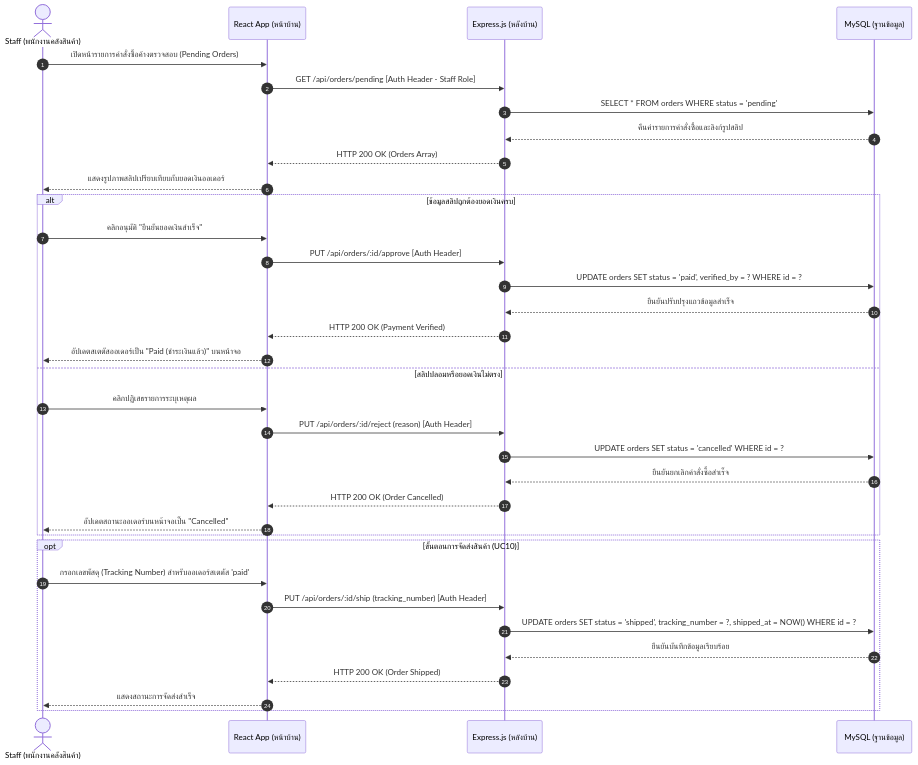
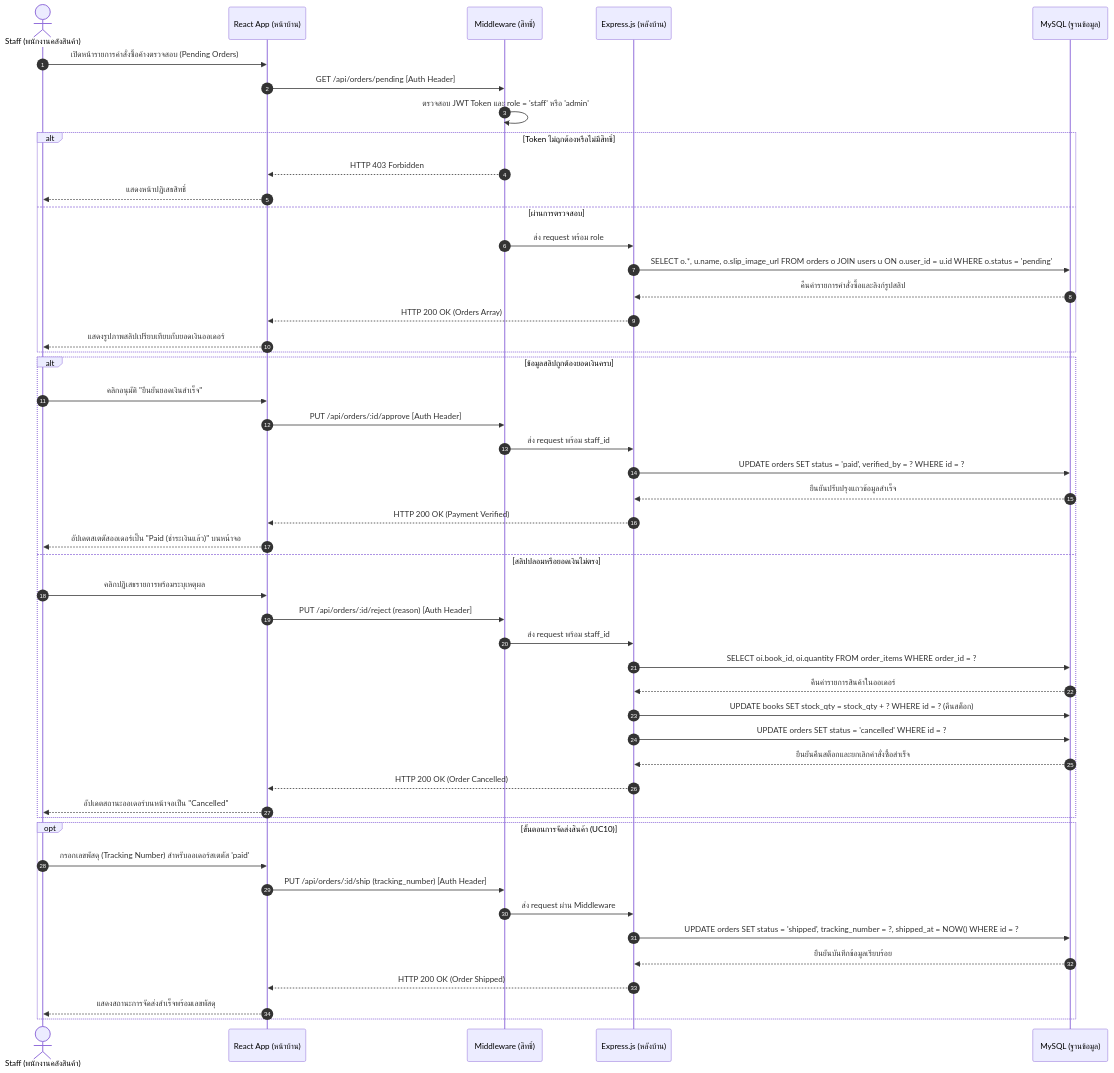
The seventh of 13 diagrams in Diagram.md (SupvichSpuGM/online-bookstore), drawn with Mermaid before and after one commit. The commit also changed other lines of this file and 1 other file, not shown here.

````diff
--- a/Diagram.md
+++ b/Diagram.md
@@ -355,40 +430,54 @@
 ```mermaid
 sequenceDiagram
     autonumber
     actor Staff as Staff (พนักงานคลังสินค้า)
     participant Client as React App (หน้าบ้าน)
+    participant AuthMW as Middleware (สิทธิ์)
     participant API as Express.js (หลังบ้าน)
     participant DB as MySQL (ฐานข้อมูล)
 
     Staff->>Client: เปิดหน้ารายการคำสั่งซื้อค้างตรวจสอบ (Pending Orders)
-    Client->>API: GET /api/orders/pending [Auth Header - Staff Role]
-    API->>DB: SELECT * FROM orders WHERE status = 'pending'
-    DB-->>API: คืนค่ารายการคำสั่งซื้อและลิงก์รูปสลิป
-    API-->>Client: HTTP 200 OK (Orders Array)
-    Client-->>Staff: แสดงรูปภาพสลิปเปรียบเทียบกับยอดเงินออเดอร์
-    
+    Client->>AuthMW: GET /api/orders/pending [Auth Header]
+    AuthMW->>AuthMW: ตรวจสอบ JWT Token และ role = 'staff' หรือ 'admin'
+    alt Token ไม่ถูกต้องหรือไม่มีสิทธิ์
+        AuthMW-->>Client: HTTP 403 Forbidden
+        Client-->>Staff: แสดงหน้าปฏิเสธสิทธิ์
+    else ผ่านการตรวจสอบ
+        AuthMW->>API: ส่ง request พร้อม role
+        API->>DB: SELECT o.*, u.name, o.slip_image_url FROM orders o JOIN users u ON o.user_id = u.id WHERE o.status = 'pending'
+        DB-->>API: คืนค่ารายการคำสั่งซื้อและลิงก์รูปสลิป
+        API-->>Client: HTTP 200 OK (Orders Array)
+        Client-->>Staff: แสดงรูปภาพสลิปเปรียบเทียบกับยอดเงินออเดอร์
+    end
+
     alt ข้อมูลสลิปถูกต้องยอดเงินครบ
         Staff->>Client: คลิกอนุมัติ "ยืนยันยอดเงินสำเร็จ"
-        Client->>API: PUT /api/orders/:id/approve [Auth Header]
+        Client->>AuthMW: PUT /api/orders/:id/approve [Auth Header]
+        AuthMW->>API: ส่ง request พร้อม staff_id
         API->>DB: UPDATE orders SET status = 'paid', verified_by = ? WHERE id = ?
         DB-->>API: ยืนยันปรับปรุงแถวข้อมูลสำเร็จ
         API-->>Client: HTTP 200 OK (Payment Verified)
         Client-->>Staff: อัปเดตสเตตัสออเดอร์เป็น "Paid (ชำระเงินแล้ว)" บนหน้าจอ
     else สลิปปลอมหรือยอดเงินไม่ตรง
-        Staff->>Client: คลิกปฏิเสธรายการระบุเหตุผล
-        Client->>API: PUT /api/orders/:id/reject (reason) [Auth Header]
+        Staff->>Client: คลิกปฏิเสธรายการพร้อมระบุเหตุผล
+        Client->>AuthMW: PUT /api/orders/:id/reject (reason) [Auth Header]
+        AuthMW->>API: ส่ง request พร้อม staff_id
+        API->>DB: SELECT oi.book_id, oi.quantity FROM order_items WHERE order_id = ?
+        DB-->>API: คืนค่ารายการสินค้าในออเดอร์
+        API->>DB: UPDATE books SET stock_qty = stock_qty + ? WHERE id = ? (คืนสต็อก)
         API->>DB: UPDATE orders SET status = 'cancelled' WHERE id = ?
-        DB-->>API: ยืนยันยกเลิกคำสั่งซื้อสำเร็จ
+        DB-->>API: ยืนยันคืนสต็อกและยกเลิกคำสั่งซื้อสำเร็จ
         API-->>Client: HTTP 200 OK (Order Cancelled)
         Client-->>Staff: อัปเดตสถานะออเดอร์บนหน้าจอเป็น "Cancelled"
     end
 
     opt ขั้นตอนการจัดส่งสินค้า (UC10)
         Staff->>Client: กรอกเลขพัสดุ (Tracking Number) สำหรับออเดอร์สเตตัส 'paid'
-        Client->>API: PUT /api/orders/:id/ship (tracking_number) [Auth Header]
+        Client->>AuthMW: PUT /api/orders/:id/ship (tracking_number) [Auth Header]
+        AuthMW->>API: ส่ง request ผ่าน Middleware
         API->>DB: UPDATE orders SET status = 'shipped', tracking_number = ?, shipped_at = NOW() WHERE id = ?
         DB-->>API: ยืนยันบันทึกข้อมูลเรียบร้อย
         API-->>Client: HTTP 200 OK (Order Shipped)
-        Client-->>Staff: แสดงสถานะการจัดส่งสำเร็จ
+        Client-->>Staff: แสดงสถานะการจัดส่งสำเร็จพร้อมเลขพัสดุ
     end
 ```
````
